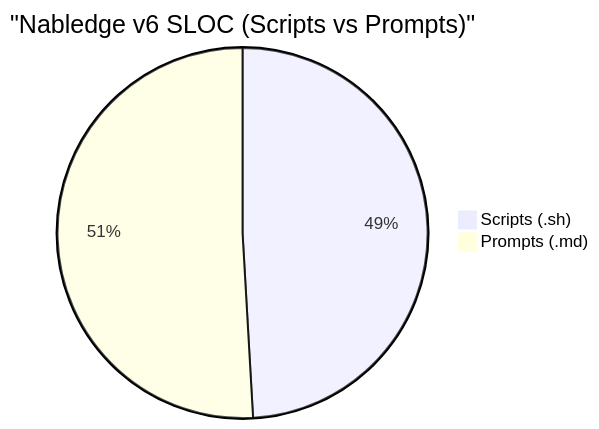
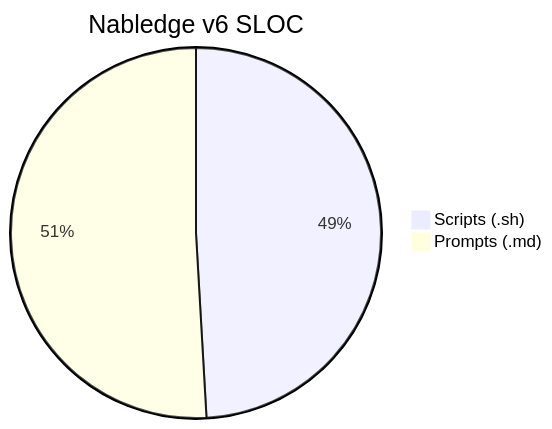
The ninth of 11 diagrams in docs/metrics.md (nablarch/nabledge-dev), drawn with Mermaid before and after one commit. The commit also changed other lines of this file and 1 other file, not shown here.

First line of the commit message:
fix: clean up SLOC section headings and pie chart titles (#226)

````diff
--- a/docs/metrics.md
+++ b/docs/metrics.md
@@ -119,5 +117,5 @@
 ```mermaid
-pie title "Nabledge v6 SLOC (Scripts vs Prompts)"
+pie title Nabledge v6 SLOC
   "Scripts (.sh)" : 948
   "Prompts (.md)" : 983
 ```
````
